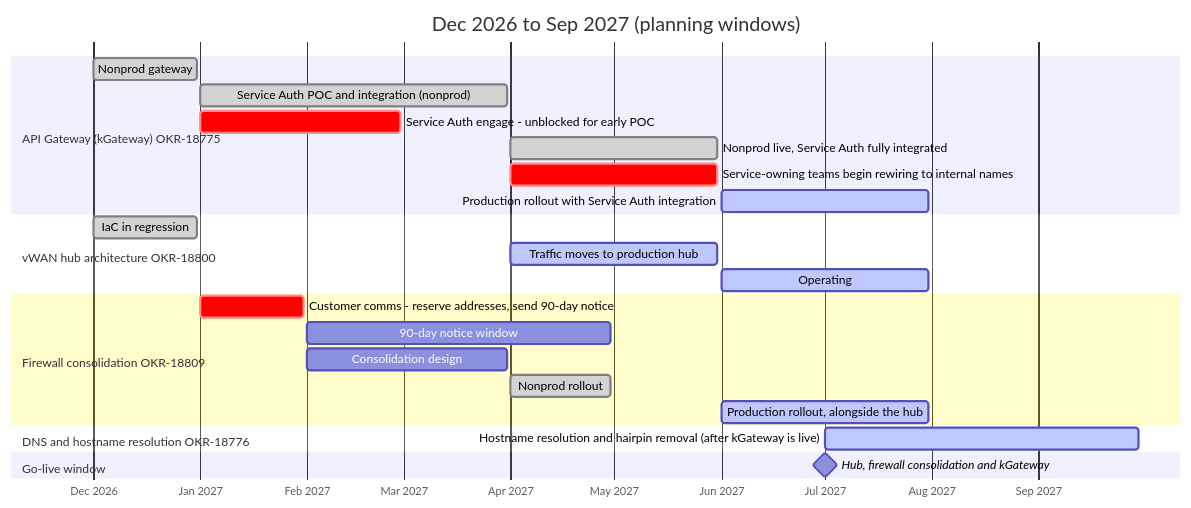
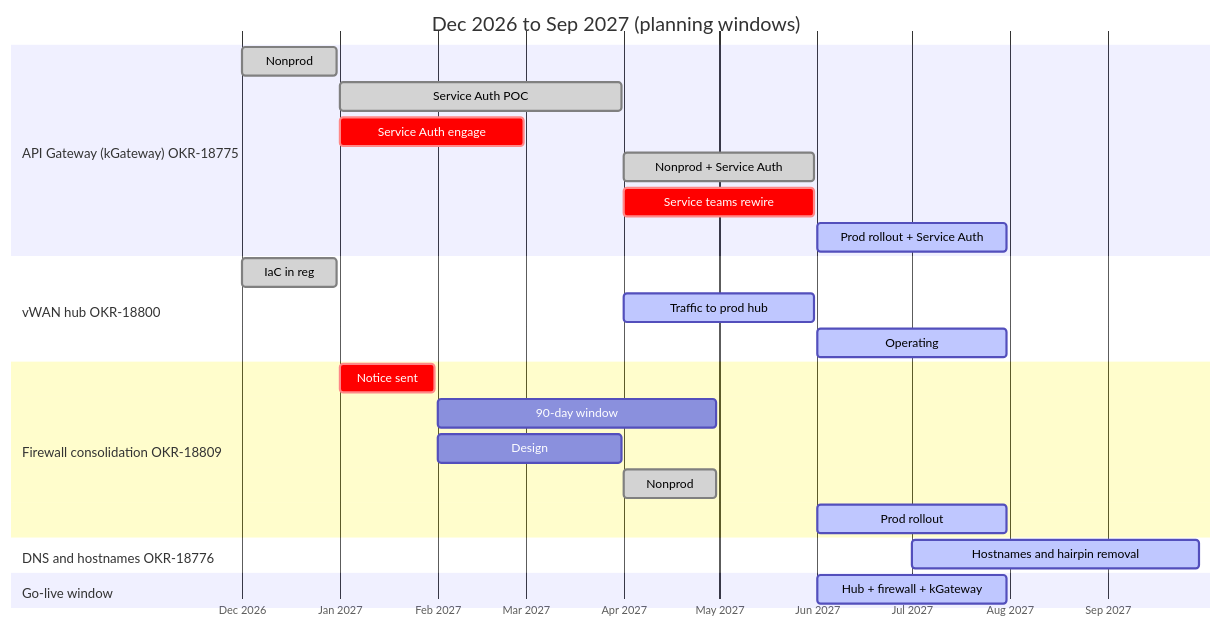
Before and after one commit to kylekingma35/Architecture-Product-OnePagers: the diagram in docs/network-rearchitecture/network-rearchitecture-timeline.md, drawn with Mermaid. The commit also changed other lines of this file, not shown here.

Commit message:
Timeline: shorten Gantt labels so they fit inside the bars

````diff
--- a/docs/network-rearchitecture/network-rearchitecture-timeline.md
+++ b/docs/network-rearchitecture/network-rearchitecture-timeline.md
@@ -18,33 +18,34 @@
 ```mermaid
+%%{init: {"gantt": {"fontSize": 11, "barHeight": 26, "barGap": 6, "topPadding": 40, "leftPadding": 210, "rightPadding": 20, "sectionFontSize": 12, "numberSectionStyles": 4}}}%%
 gantt
     title Dec 2026 to Sep 2027 (planning windows)
     dateFormat  YYYY-MM-DD
     axisFormat  %b %Y
     todayMarker off
 
     section API Gateway (kGateway) OKR-18775
-    Nonprod gateway                                   :done,    gw1, 2026-12-01, 2026-12-31
-    Service Auth POC and integration (nonprod)        :done,    gw2, 2027-01-01, 2027-03-31
-    Service Auth engage - unblocked for early POC     :crit,    gw3, 2027-01-01, 2027-02-28
-    Nonprod live, Service Auth fully integrated       :done,    gw4, 2027-04-01, 2027-05-31
-    Service-owning teams begin rewiring to internal names :crit, gw5, 2027-04-01, 2027-05-31
-    Production rollout with Service Auth integration  :active,  gw6, 2027-06-01, 2027-07-31
+    Nonprod                      :done,   gw1, 2026-12-01, 2026-12-31
+    Service Auth POC             :done,   gw2, 2027-01-01, 2027-03-31
+    Service Auth engage          :crit,   gw3, 2027-01-01, 2027-02-28
+    Nonprod + Service Auth       :done,   gw4, 2027-04-01, 2027-05-31
+    Service teams rewire         :crit,   gw5, 2027-04-01, 2027-05-31
+    Prod rollout + Service Auth  :active, gw6, 2027-06-01, 2027-07-31
 
-    section vWAN hub architecture OKR-18800
-    IaC in regression                                 :done,    hub1, 2026-12-01, 2026-12-31
-    Traffic moves to production hub                   :active,  hub2, 2027-04-01, 2027-05-31
-    Operating                                         :active,  hub3, 2027-06-01, 2027-07-31
+    section vWAN hub OKR-18800
+    IaC in reg                   :done,   hub1, 2026-12-01, 2026-12-31
+    Traffic to prod hub          :active, hub2, 2027-04-01, 2027-05-31
+    Operating                    :active, hub3, 2027-06-01, 2027-07-31
 
     section Firewall consolidation OKR-18809
-    Customer comms - reserve addresses, send 90-day notice :crit, fw1, 2027-01-01, 2027-01-31
-    90-day notice window                              :         fw2, 2027-02-01, 2027-04-30
-    Consolidation design                              :         fw3, 2027-02-01, 2027-03-31
-    Nonprod rollout                                   :done,    fw4, 2027-04-01, 2027-04-30
-    Production rollout, alongside the hub             :active,  fw5, 2027-06-01, 2027-07-31
+    Notice sent                  :crit,   fw1, 2027-01-01, 2027-01-31
+    90-day window                :        fw2, 2027-02-01, 2027-04-30
+    Design                       :        fw3, 2027-02-01, 2027-03-31
+    Nonprod                      :done,   fw4, 2027-04-01, 2027-04-30
+    Prod rollout                 :active, fw5, 2027-06-01, 2027-07-31
 
-    section DNS and hostname resolution OKR-18776
-    Hostname resolution and hairpin removal (after kGateway is live) :active, dns1, 2027-07-01, 2027-09-30
+    section DNS and hostnames OKR-18776
+    Hostnames and hairpin removal :active, dns1, 2027-07-01, 2027-09-30
 
     section Go-live window
-    Hub, firewall consolidation and kGateway          :milestone, golive, 2027-06-01, 2027-07-31
+    Hub + firewall + kGateway    :active, golive, 2027-06-01, 2027-07-31
 ```
````
